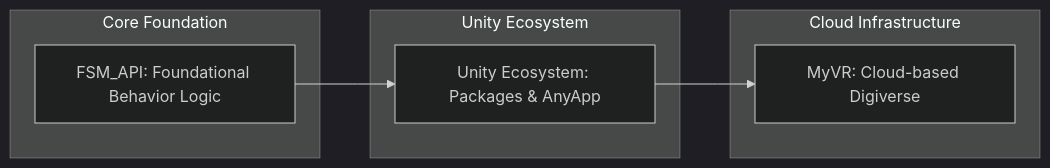
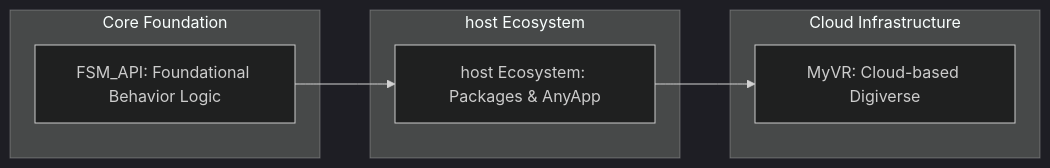
Before and after one commit to TrentBest/FSM_API: the diagram in Documentation/Design/ArchitectureOverview.mmd, drawn with Mermaid (dark theme).

Commit message:
docs: remove deprecated engine references

```diff
--- a/Documentation/Design/ArchitectureOverview.mmd
+++ b/Documentation/Design/ArchitectureOverview.mmd
@@ -1,15 +1,15 @@
 graph LR
     subgraph Core Foundation
         FSM_API[FSM_API: Foundational Behavior Logic]
     end
 
-    subgraph Unity Ecosystem
-        UnityEcosystem[Unity Ecosystem: Packages & AnyApp]
+    subgraph host Ecosystem
+        hostEcosystem[host Ecosystem: Packages & AnyApp]
     end
 
     subgraph Cloud Infrastructure
         MyVR[MyVR: Cloud-based Digiverse]
     end
  
-    FSM_API --> UnityEcosystem
-    UnityEcosystem --> MyVR
+    FSM_API --> hostEcosystem
+    hostEcosystem --> MyVR
```
